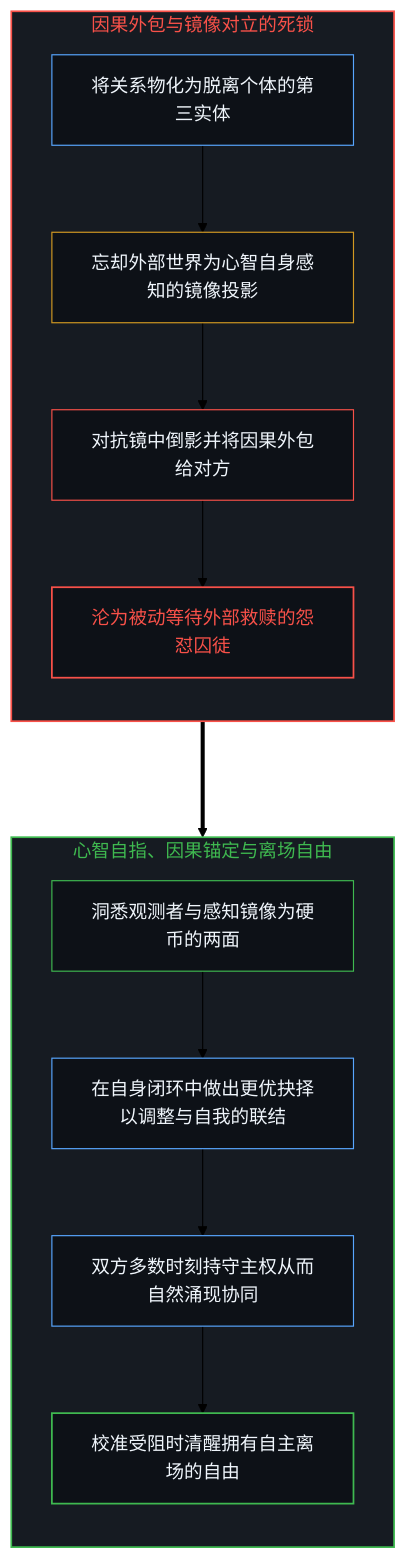
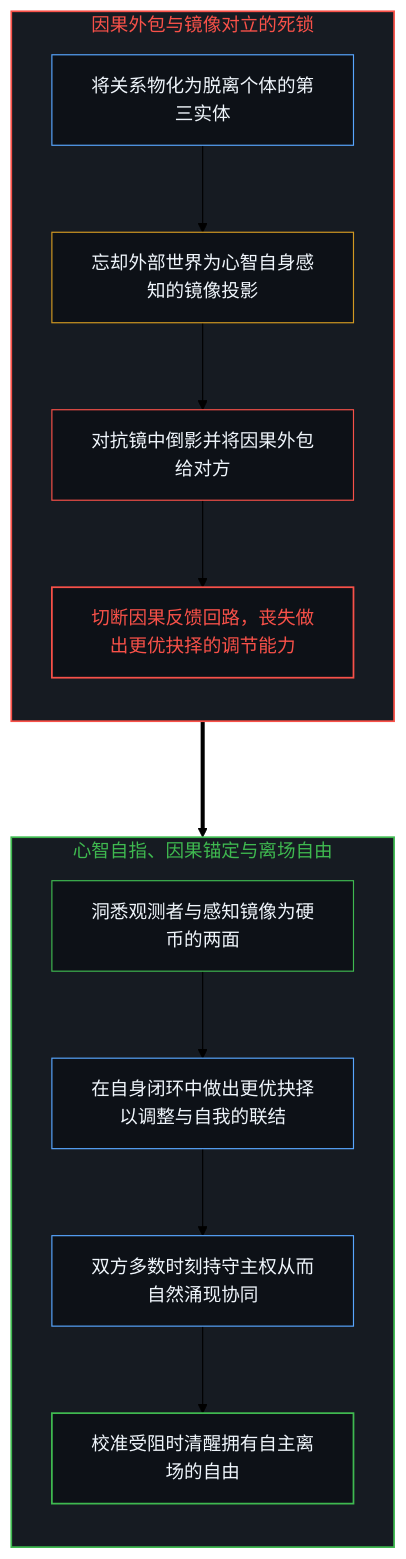
Before and after one commit to powerpig99/not-a-toe: the ninth of 10 diagrams in content/posts/the-causal-inversion-of-partnership.md, drawn with Mermaid (forest theme). The commit also changed other lines of this file and 3 other files, not shown here.

````diff
--- a/content/posts/the-causal-inversion-of-partnership.md
+++ b/content/posts/the-causal-inversion-of-partnership.md
@@ -303,29 +303,29 @@
 ```mermaid
 graph TD
     subgraph S_MirrorOutsource ["因果外包与镜像对立的死锁"]
         direction TB
         O_Reify["将关系物化为脱离个体的第三实体"] --> O_Projection["忘却外部世界为心智自身感知的镜像投影"]
         O_Projection --> O_Blame["对抗镜中倒影并将因果外包给对方"]
-        O_Blame --> O_Victim["沦为被动等待外部救赎的怨怼囚徒"]
+        O_Blame --> O_Cut["切断因果反馈回路，丧失做出更优抉择的调节能力"]
     end
 
     subgraph S_SelfReferential ["心智自指、因果锚定与离场自由"]
         direction TB
         S_Coin["洞悉观测者与感知镜像为硬币的两面"] --> S_Action["在自身闭环中做出更优抉择以调整与自我的联结"]
         S_Action --> S_Emergence["双方多数时刻持守主权从而自然涌现协同"]
         S_Emergence --> S_Freedom["校准受阻时清醒拥有自主离场的自由"]
     end
 
-    O_Victim ===> S_Coin
+    O_Cut ===> S_Coin
 
     style S_MirrorOutsource fill:#161b22,stroke:#f85149,stroke-width:1.5px,color:#f85149
     style S_SelfReferential fill:#161b22,stroke:#3fb950,stroke-width:1.5px,color:#3fb950
     style O_Reify fill:#0d1117,stroke:#58a6ff,stroke-width:1px,color:#f0f6fc
     style O_Projection fill:#0d1117,stroke:#d29922,stroke-width:1px,color:#f0f6fc
     style O_Blame fill:#0d1117,stroke:#f85149,stroke-width:1px,color:#f0f6fc
-    style O_Victim fill:#0d1117,stroke:#f85149,stroke-width:1.5px,color:#f85149
+    style O_Cut fill:#0d1117,stroke:#f85149,stroke-width:1.5px,color:#f85149
     style S_Coin fill:#0d1117,stroke:#3fb950,stroke-width:1px,color:#f0f6fc
     style S_Action fill:#0d1117,stroke:#58a6ff,stroke-width:1px,color:#f0f6fc
     style S_Emergence fill:#0d1117,stroke:#58a6ff,stroke-width:1px,color:#f0f6fc
     style S_Freedom fill:#0d1117,stroke:#3fb950,stroke-width:1.5px,color:#f0f6fc
 ```
````
